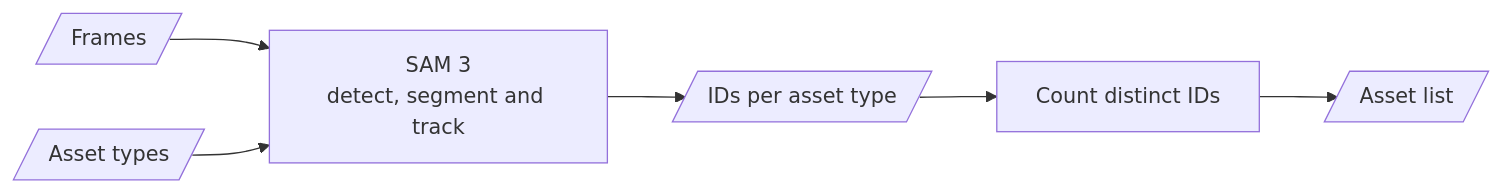
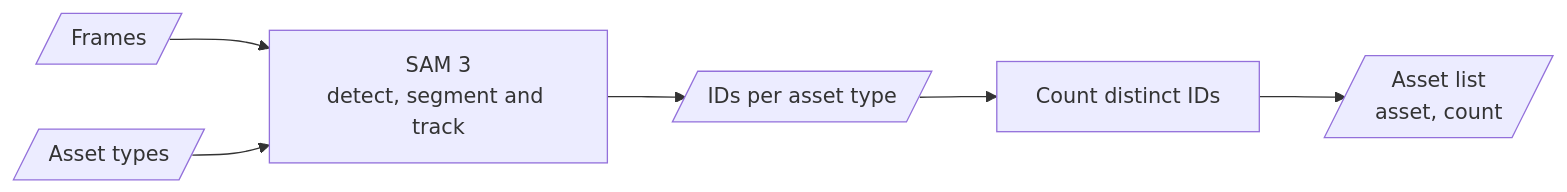
Before and after one commit to Vivaldi42/master-applied-it: the diagram in 3d-modelling/architecture/method-1-sam3.md, drawn with Mermaid. The commit also changed other lines of this file, not shown here.

````diff
--- a/3d-modelling/architecture/method-1-sam3.md
+++ b/3d-modelling/architecture/method-1-sam3.md
@@ -9,8 +15,8 @@
 ```mermaid
 flowchart LR
     F[/"Frames"/] --> S["SAM 3<br>detect, segment and track"]
     A[/"Asset types"/] --> S
     S --> D[/"IDs per asset type"/]
     D --> C["Count distinct IDs"]
-    C --> L[/"Asset list"/]
+    C --> L[/"Asset list<br>asset, count"/]
 ```
````
